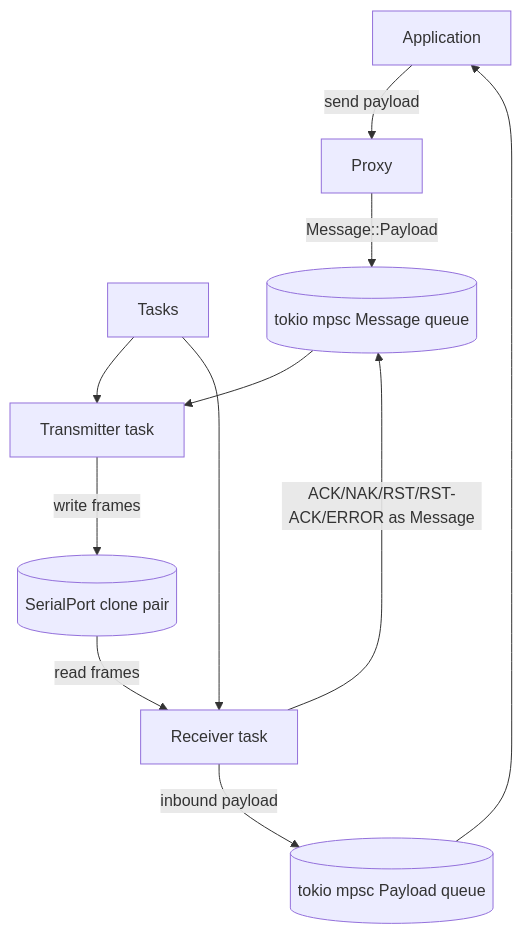
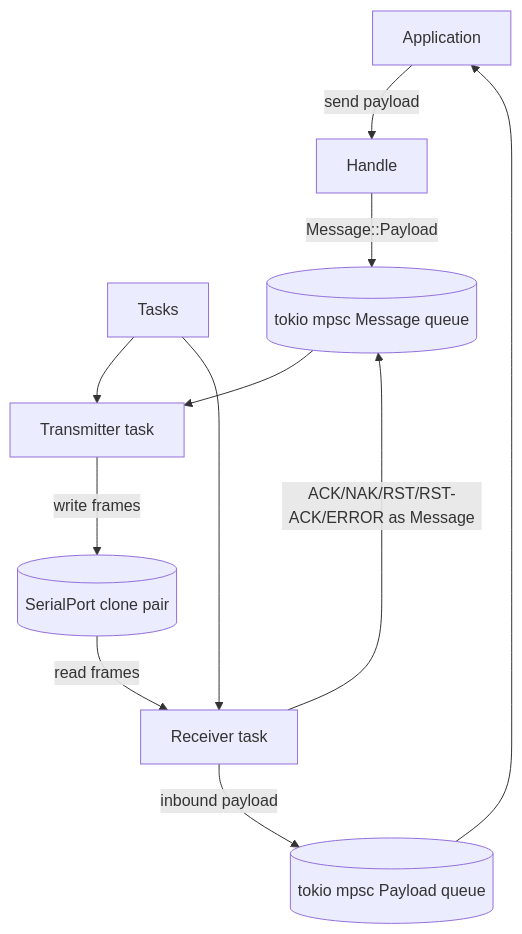
Before and after one commit to PaulmannLighting/ashv2: the first of 3 diagrams in ARCHITECTURE.md, drawn with Mermaid. The commit also changed other lines of this file and 5 other files, not shown here.

````diff
--- a/ARCHITECTURE.md
+++ b/ARCHITECTURE.md
@@ -17,22 +17,22 @@
 ```mermaid
 flowchart TD
     App[Application]
-    Proxy[Proxy]
+    Handle[Handle]
     Tasks[Tasks]
     Tx[Transmitter task]
     Rx[Receiver task]
     MsgQ[(tokio mpsc Message queue)]
     RespQ[(tokio mpsc Payload queue)]
     Serial[(SerialPort clone pair)]
 
-    App -->|send payload| Proxy
-    Proxy -->|Message::Payload| MsgQ
+    App -->|send payload| Handle
+    Handle -->|Message::Payload| MsgQ
     MsgQ --> Tx
     Tx -->|write frames| Serial
     Serial -->|read frames| Rx
     Rx -->|inbound payload| RespQ
     RespQ --> App
     Rx -->|ACK/NAK/RST/RST-ACK/ERROR as Message| MsgQ
     Tasks --> Tx
     Tasks --> Rx
 ```
````
